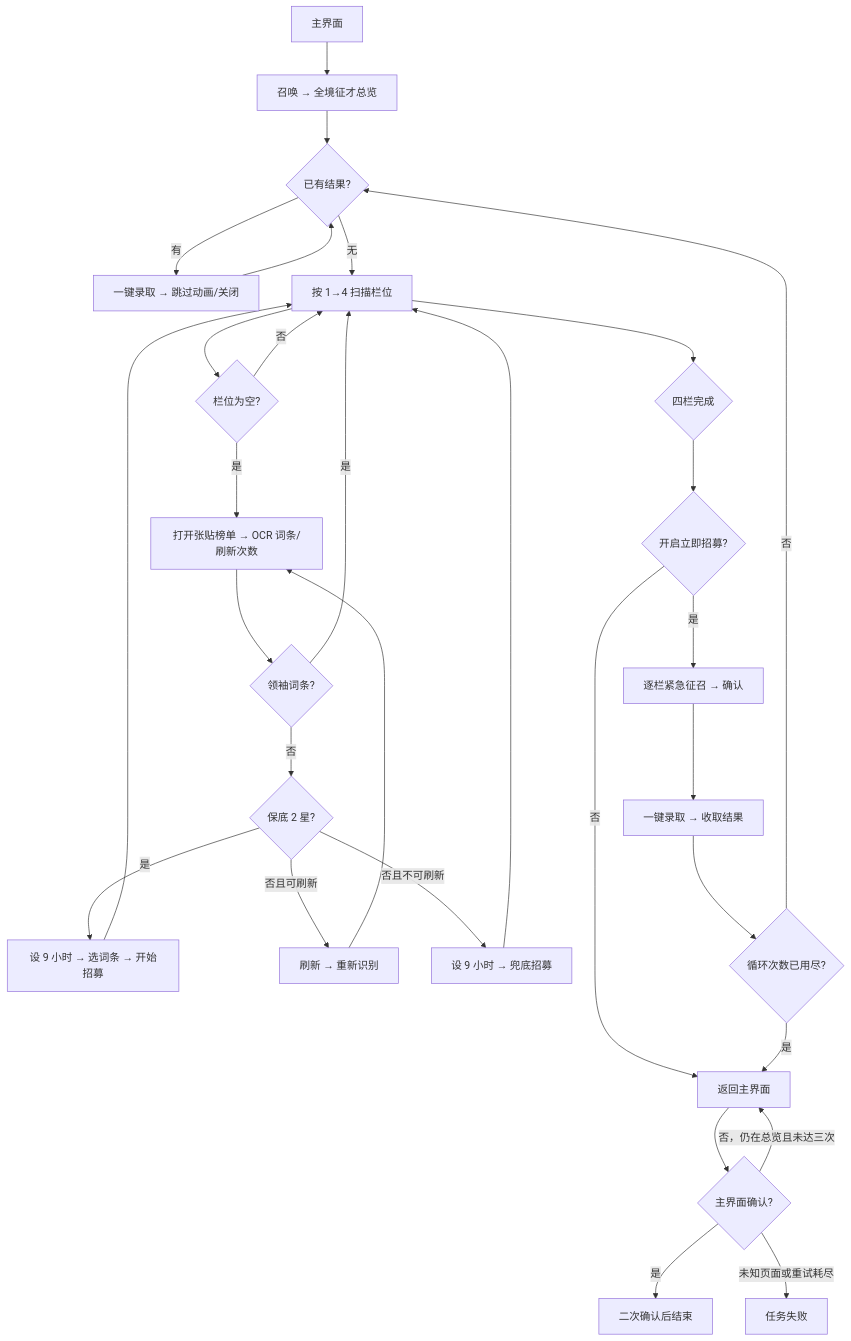
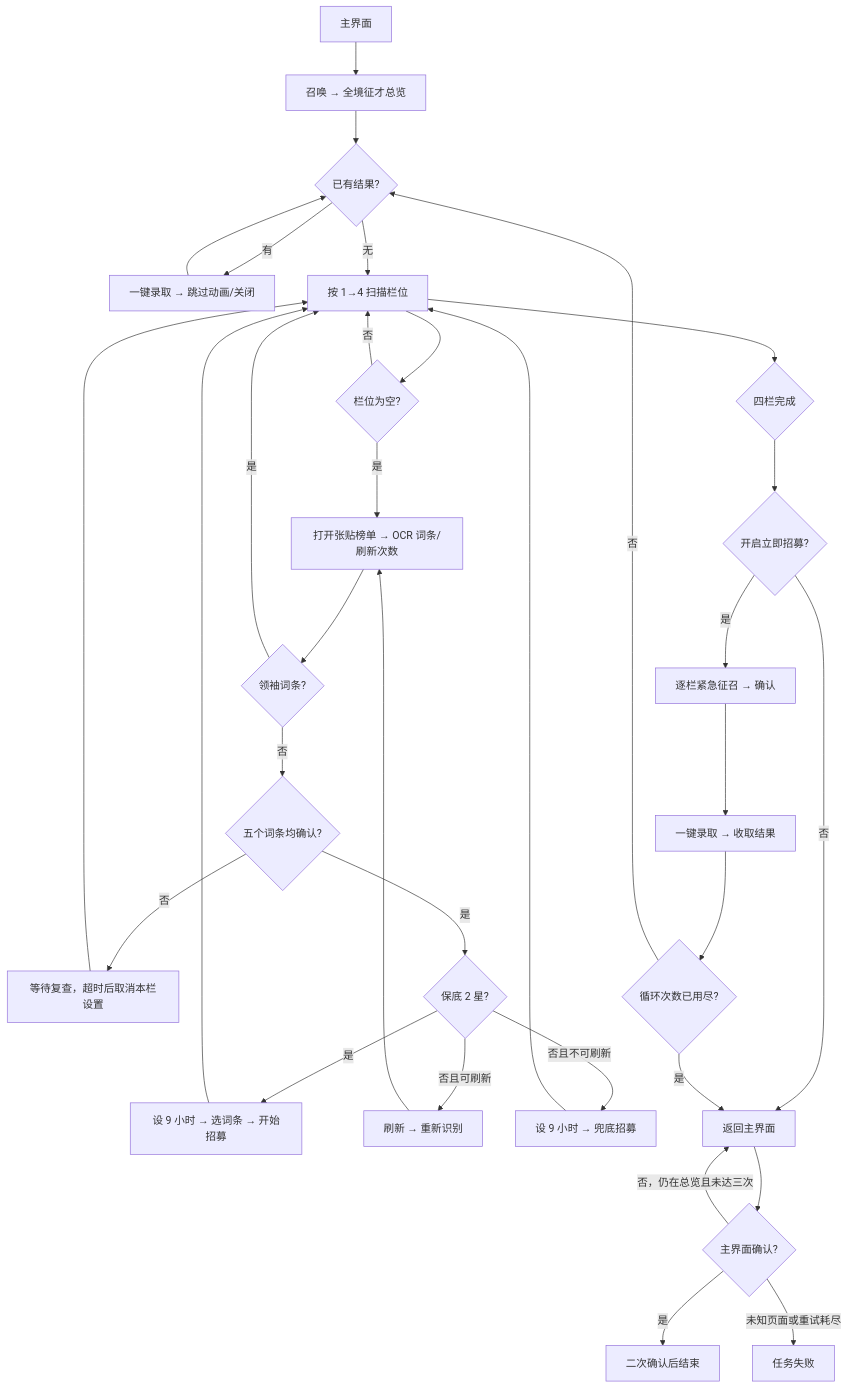
One commit to cccrx1/TKFMaa changed the diagram in docs/zh_cn/tasks/daily_recruitment.md. Above: the diagram before and after it, drawn with Mermaid. The commit also changed other lines of this file and 2 other files, not shown here.

````diff
--- a/docs/zh_cn/tasks/daily_recruitment.md
+++ b/docs/zh_cn/tasks/daily_recruitment.md
@@ -28,33 +28,36 @@
 ```mermaid
 flowchart TD
 A[主界面] --> B[召唤 → 全境征才总览]
 B --> R{已有结果?}
 R -->|有| S[一键录取 → 跳过动画/关闭]
 S --> R
 R -->|无| C[按 1→4 扫描栏位]
 C --> D{栏位为空?}
 D -->|否| C
 D -->|是| F[打开张贴榜单 → OCR 词条/刷新次数]
 F --> G{领袖词条?}
 G -->|是| C
-G -->|否| H{保底 2 星?}
+G -->|否| W{五个词条均确认?}
+W -->|否| Y[等待复查，超时后取消本栏设置]
+Y --> C
+W -->|是| H{保底 2 星?}
 H -->|是| I[设 9 小时 → 选词条 → 开始招募]
 H -->|否且可刷新| J[刷新 → 重新识别]
 H -->|否且不可刷新| K[设 9 小时 → 兜底招募]
 I --> C
 J --> F
 K --> C
 C --> L{四栏完成}
 L --> M{开启立即招募?}
 M -->|否| N[返回主界面]
 M -->|是| O[逐栏紧急征召 → 确认]
 O --> P[一键录取 → 收取结果]
 P --> Q{循环次数已用尽?}
 Q -->|否| R
 Q -->|是| N
 N --> V{主界面确认?}
 V -->|是| Z[二次确认后结束]
 V -->|否，仍在总览且未达三次| N
 V -->|未知页面或重试耗尽| X[任务失败]
 
 ```
````
